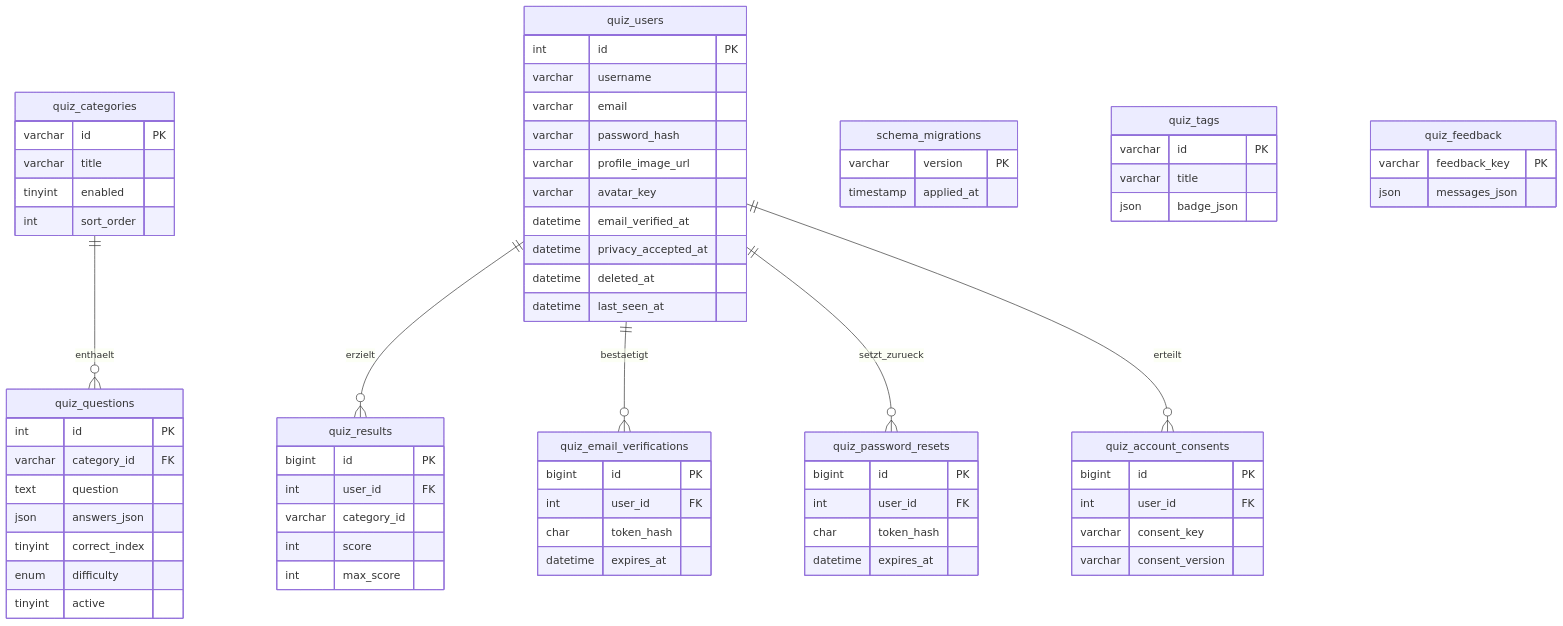
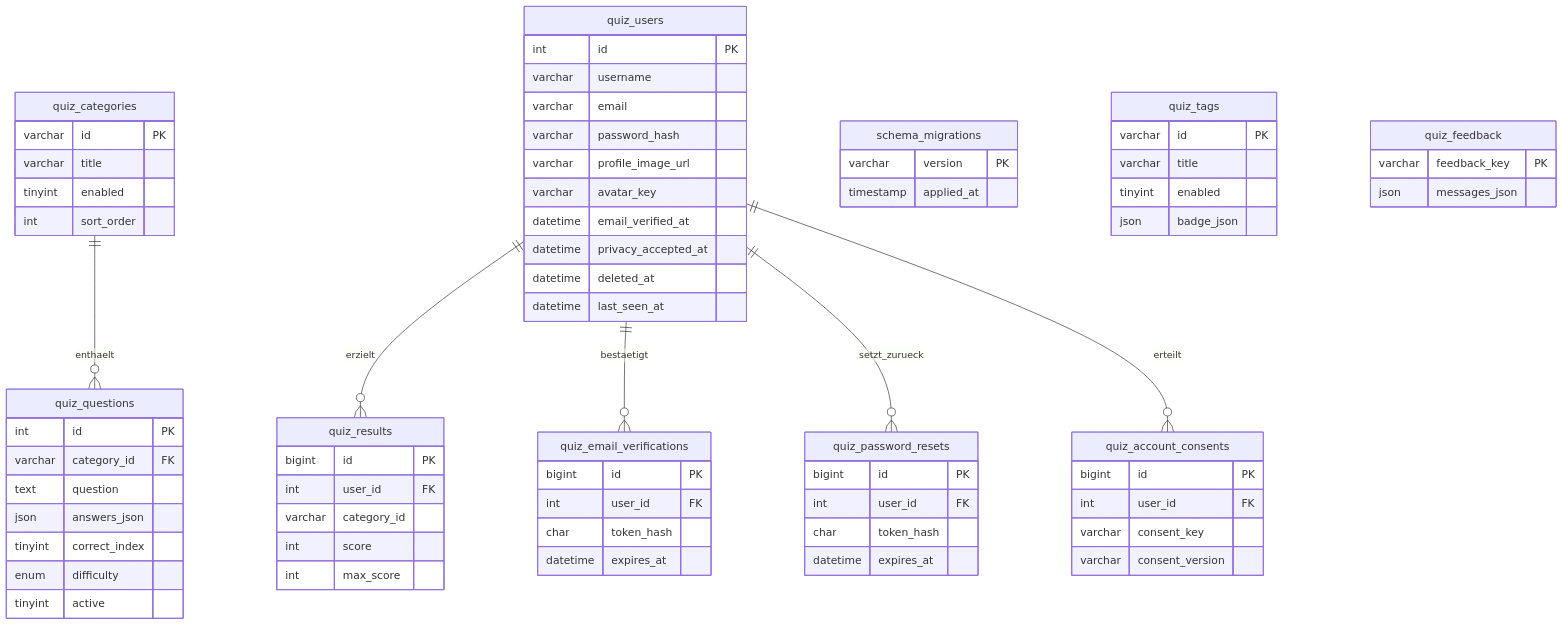
The diagram in Readme.md (MatzeD84/quiz-hero), drawn with Mermaid before and after one commit. The commit also changed other lines of this file and 7 other files, not shown here.

```diff
--- a/Readme.md
+++ b/Readme.md
@@ -55,6 +55,7 @@
     quiz_tags {
         varchar id PK
         varchar title
+        tinyint enabled
         json badge_json
     }
 
```
